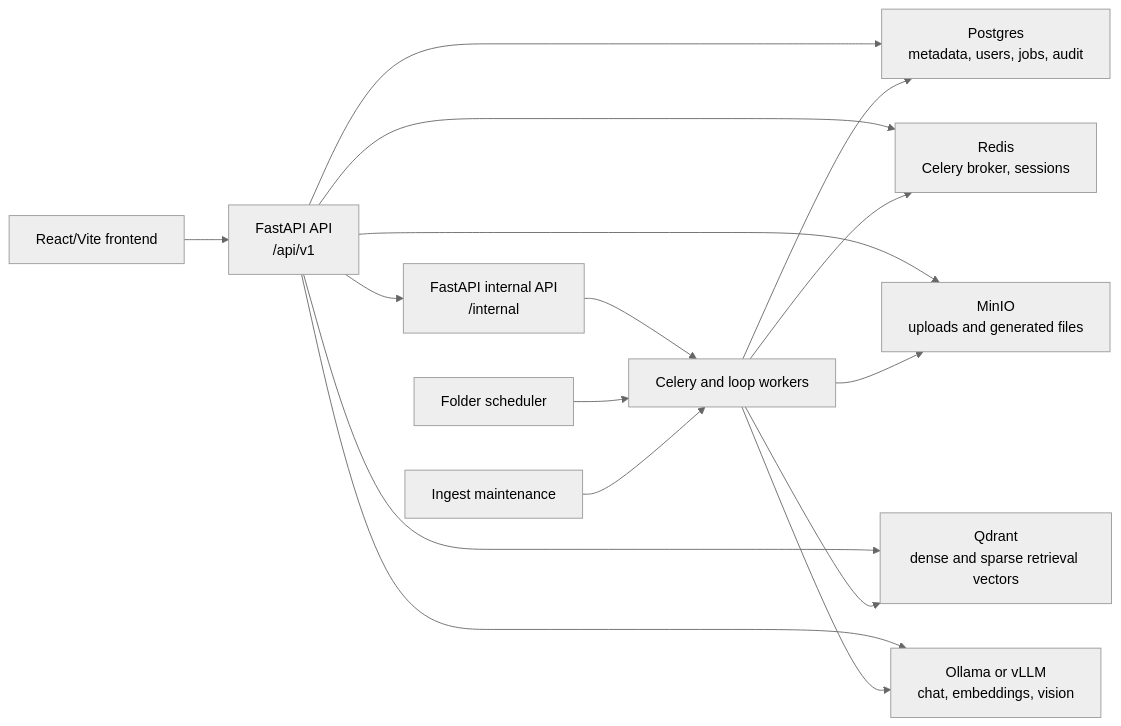
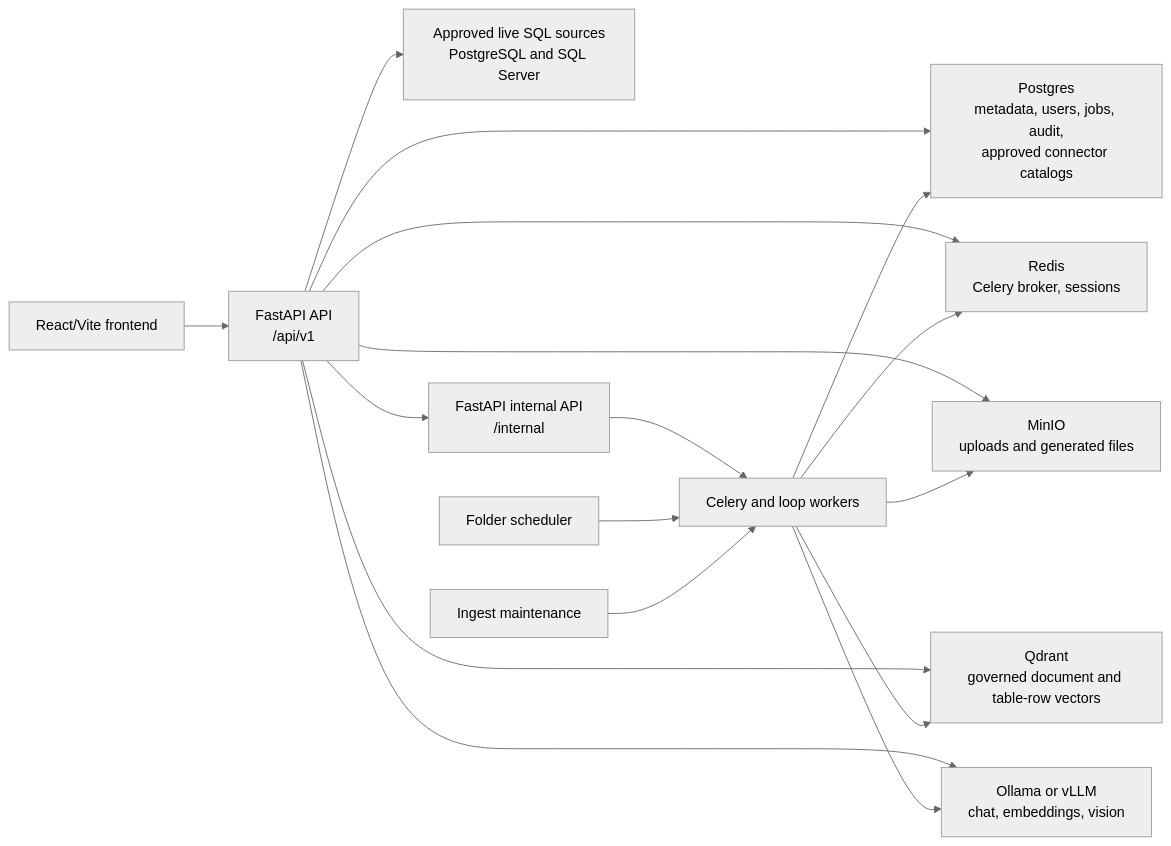
Before and after one commit to TouqeerShahid951/EnterpriseRAG: the first of 3 diagrams in design.md, drawn with Mermaid (neutral theme). The commit also changed other lines of this file and 613 other files, not shown here.

````diff
--- a/design.md
+++ b/design.md
@@ -31,21 +31,22 @@
 ```mermaid
 flowchart LR
     Browser["React/Vite frontend"] --> API["FastAPI API<br/>/api/v1"]
-    API --> Postgres["Postgres<br/>metadata, users, jobs, audit"]
+    API --> Postgres["Postgres<br/>metadata, users, jobs, audit,<br/>approved connector catalogs"]
     API --> Redis["Redis<br/>Celery broker, sessions"]
     API --> MinIO["MinIO<br/>uploads and generated files"]
-    API --> Qdrant["Qdrant<br/>dense and sparse retrieval vectors"]
+    API --> Qdrant["Qdrant<br/>governed document and table-row vectors"]
     API --> Models["Ollama or vLLM<br/>chat, embeddings, vision"]
+    API --> LiveSQL["Approved live SQL sources<br/>PostgreSQL and SQL Server"]
 
     API --> Internal["FastAPI internal API<br/>/internal"]
     Internal --> Workers["Celery and loop workers"]
 
     Workers --> Postgres
     Workers --> Redis
     Workers --> MinIO
     Workers --> Qdrant
     Workers --> Models
 
     Scheduler["Folder scheduler"] --> Workers
     Maintenance["Ingest maintenance"] --> Workers
 ```
````
